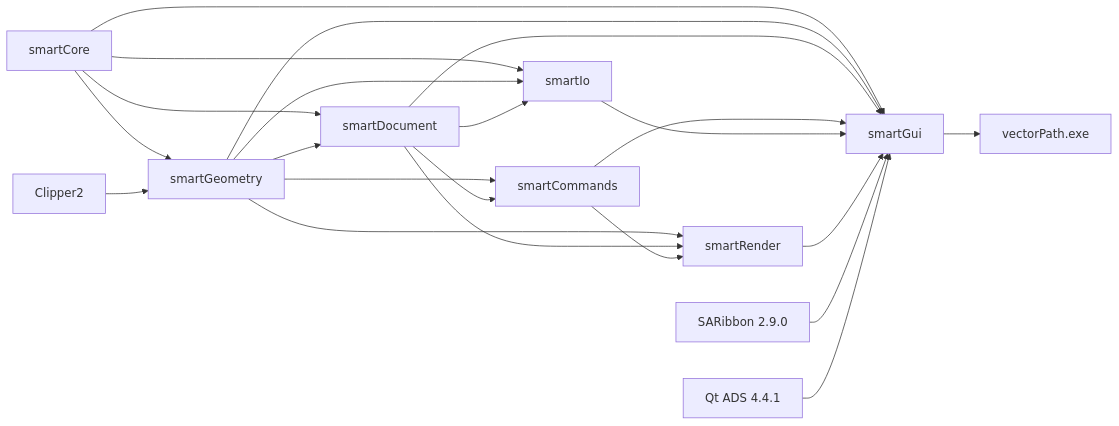
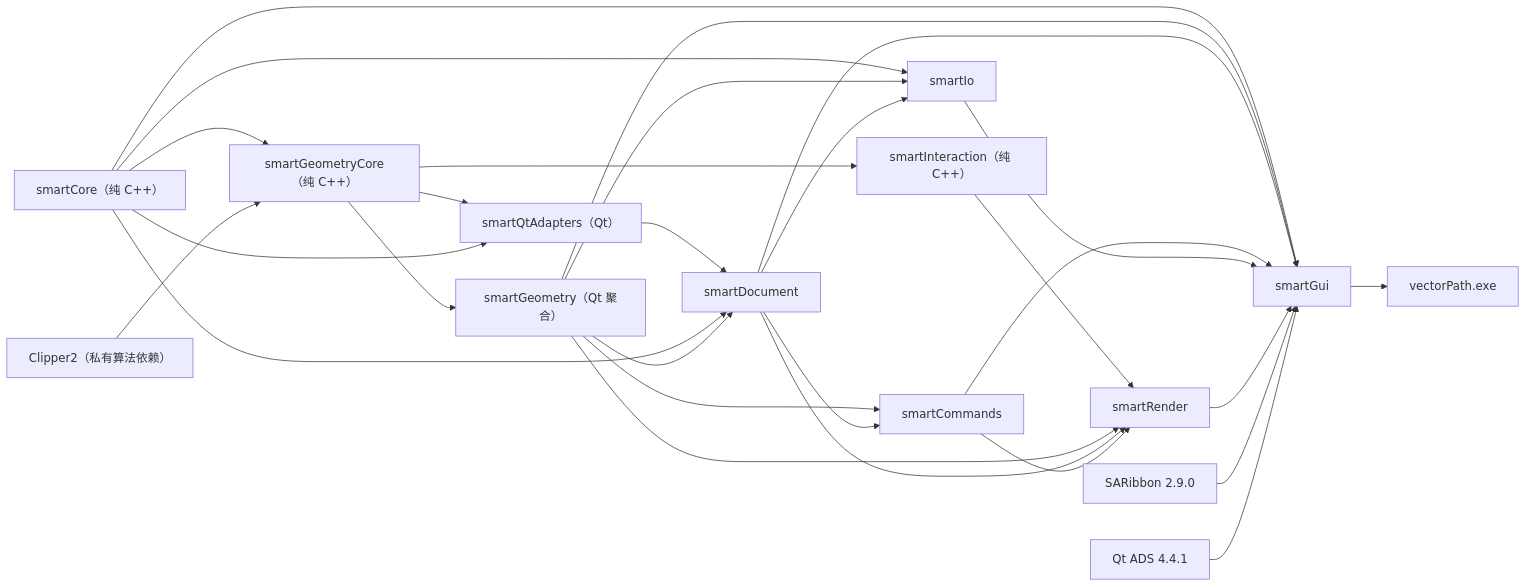
The first of 5 diagrams in sgraphDocs/CODEBASE_REFERENCE.md (HJX0201/vectorPath), drawn with Mermaid before and after one commit. The commit also changed other lines of this file and 628 other files, not shown here.

First line of the commit message:
refactor: adopt Vp naming, extract core geometry and drafting state

````diff
--- a/sgraphDocs/CODEBASE_REFERENCE.md
+++ b/sgraphDocs/CODEBASE_REFERENCE.md
@@ -79,24 +81,30 @@
 ```mermaid
 flowchart LR
-    Core["smartCore"] --> Geometry["smartGeometry"]
+    Core["smartCore（纯 C++）"] --> GeometryCore["smartGeometryCore（纯 C++）"]
+    GeometryCore --> Geometry["smartGeometry（Qt 聚合）"]
+    GeometryCore --> Interaction["smartInteraction（纯 C++）"]
+    GeometryCore --> Adapters["smartQtAdapters（Qt）"]
+    Core --> Adapters
+    Adapters --> Document["smartDocument"]
+    Interaction --> Render["smartRender"]
     Core --> Document["smartDocument"]
     Geometry --> Document
     Geometry --> Commands["smartCommands"]
     Document --> Commands
     Core --> Io["smartIo"]
     Geometry --> Io
     Document --> Io
     Geometry --> Render["smartRender"]
     Document --> Render
     Commands --> Render
     Core --> Gui["smartGui"]
     Geometry --> Gui
     Document --> Gui
     Commands --> Gui
     Io --> Gui
     Render --> Gui
     Gui --> App["vectorPath.exe"]
-    Clipper2["Clipper2"] --> Geometry
+    Clipper2["Clipper2（私有算法依赖）"] --> GeometryCore
     Ribbon["SARibbon 2.9.0"] --> Gui
     ADS["Qt ADS 4.4.1"] --> Gui
 ```
````
